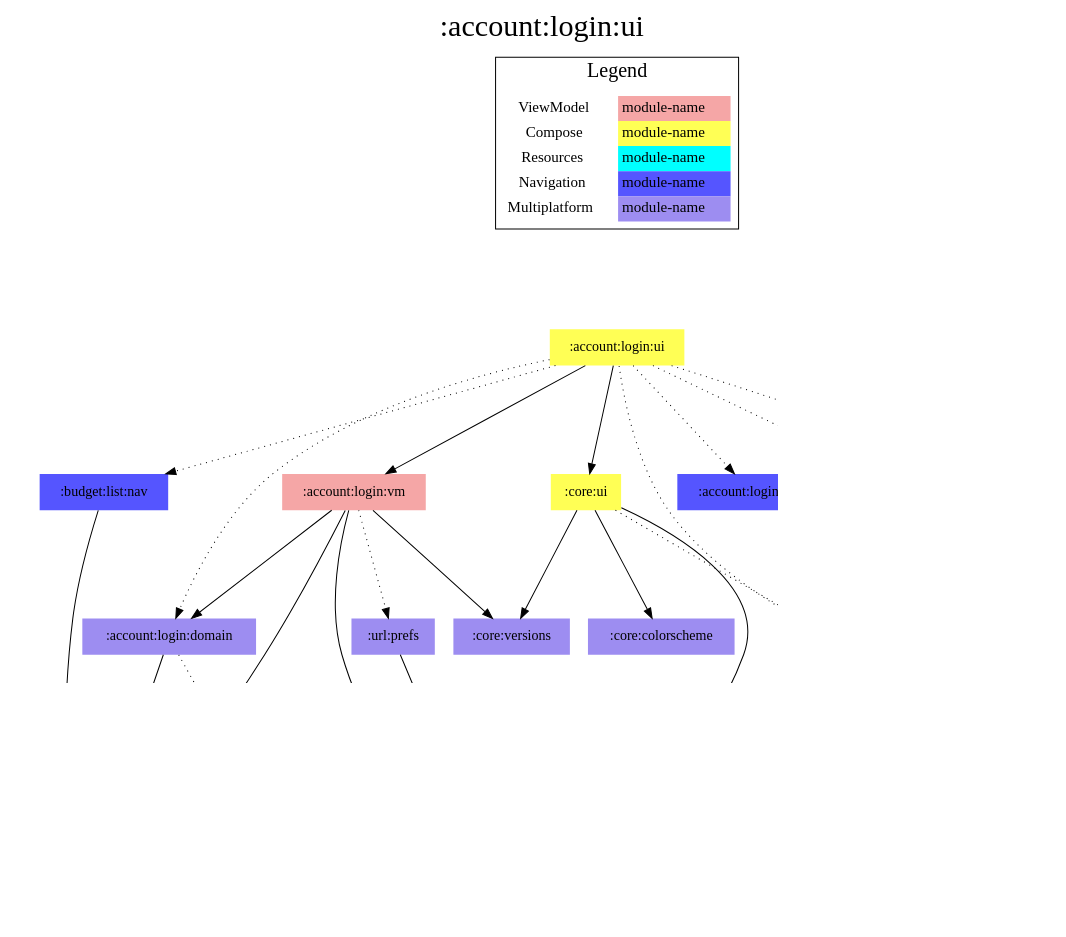
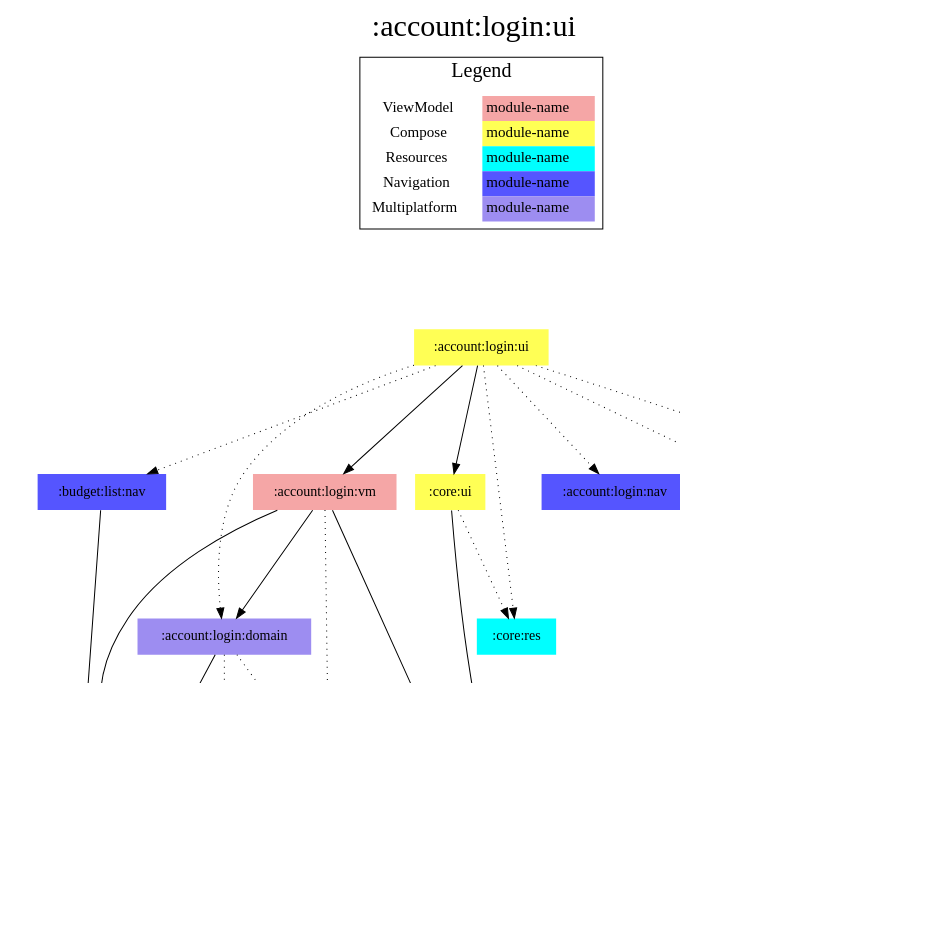
The diagram in modules/account/login/ui/modules.dot (jonapoul/aktual), drawn with Graphviz before and after one commit. The commit also changed 184 other files, not shown here.

```diff
--- a/modules/account/login/ui/modules.dot
+++ b/modules/account/login/ui/modules.dot
@@ -1,64 +1,61 @@
 digraph {
 edge ["dir"="forward"]
 graph ["dpi"="100","label"=":account:login:ui","labelloc"="t","fontsize"="30","ranksep"="1.5","rankdir"="TB"]
 node ["style"="filled"]
 ":account:login:domain" ["fillcolor"="#9D8DF1","shape"="none"]
 ":account:login:nav" ["fillcolor"="#5555FF","shape"="none"]
 ":account:login:res" ["fillcolor"="#00FFFF","shape"="none"]
 ":account:login:ui" ["fillcolor"="#FFFF55","shape"="none"]
 ":account:login:vm" ["fillcolor"="#F5A6A6","shape"="none"]
 ":account:model" ["fillcolor"="#9D8DF1","shape"="none"]
 ":api:actual" ["fillcolor"="#9D8DF1","shape"="none"]
 ":budget:list:nav" ["fillcolor"="#5555FF","shape"="none"]
 ":budget:model" ["fillcolor"="#9D8DF1","shape"="none"]
 ":codegen:annotation" ["fillcolor"="#9D8DF1","shape"="none"]
-":core:colorscheme" ["fillcolor"="#9D8DF1","shape"="none"]
+":core:model" ["fillcolor"="#9D8DF1","shape"="none"]
 ":core:res" ["fillcolor"="#00FFFF","shape"="none"]
 ":core:ui" ["fillcolor"="#FFFF55","shape"="none"]
-":core:versions" ["fillcolor"="#9D8DF1","shape"="none"]
-":url:model" ["fillcolor"="#9D8DF1","shape"="none"]
+":prefs" ["fillcolor"="#9D8DF1","shape"="none"]
 ":url:nav" ["fillcolor"="#5555FF","shape"="none"]
-":url:prefs" ["fillcolor"="#9D8DF1","shape"="none"]
 {
 edge ["dir"="none"]
 graph ["rank"="same"]
 }
 ":account:login:domain" -> ":account:model"
 ":account:login:domain" -> ":api:actual" ["style"="dotted"]
+":account:login:domain" -> ":prefs" ["style"="dotted"]
 ":account:login:ui" -> ":account:login:domain" ["style"="dotted"]
 ":account:login:ui" -> ":account:login:nav" ["style"="dotted"]
 ":account:login:ui" -> ":account:login:res" ["style"="dotted"]
 ":account:login:ui" -> ":account:login:vm"
 ":account:login:ui" -> ":budget:list:nav" ["style"="dotted"]
 ":account:login:ui" -> ":core:res" ["style"="dotted"]
 ":account:login:ui" -> ":core:ui"
 ":account:login:ui" -> ":url:nav" ["style"="dotted"]
 ":account:login:vm" -> ":account:login:domain"
 ":account:login:vm" -> ":account:model"
-":account:login:vm" -> ":core:versions"
-":account:login:vm" -> ":url:model"
-":account:login:vm" -> ":url:prefs" ["style"="dotted"]
+":account:login:vm" -> ":core:model"
+":account:login:vm" -> ":prefs" ["style"="dotted"]
 ":api:actual" -> ":account:model"
 ":api:actual" -> ":budget:model"
 ":api:actual" -> ":codegen:annotation" ["style"="dotted"]
-":api:actual" -> ":url:model"
+":api:actual" -> ":core:model"
 ":budget:list:nav" -> ":account:model"
-":core:ui" -> ":core:colorscheme"
+":core:ui" -> ":core:model"
 ":core:ui" -> ":core:res" ["style"="dotted"]
-":core:ui" -> ":core:versions"
-":core:ui" -> ":url:model"
-":url:prefs" -> ":url:model"
+":prefs" -> ":account:model"
+":prefs" -> ":core:model"
 subgraph "cluster_legend" {
 edge ["dir"="none"]
 graph ["label"="Legend","fontsize"="20"]
 "Legend" ["style"="filled","fillcolor"="#FFFFFF","shape"="none","margin"="0","fontsize"="15","label"=<
 <TABLE BORDER="0" CELLBORDER="0" CELLSPACING="0" CELLPADDING="4">
 <TR><TD>ViewModel</TD><TD BGCOLOR="#F5A6A6">module-name</TD></TR>
 <TR><TD>Compose</TD><TD BGCOLOR="#FFFF55">module-name</TD></TR>
 <TR><TD>Resources</TD><TD BGCOLOR="#00FFFF">module-name</TD></TR>
 <TR><TD>Navigation</TD><TD BGCOLOR="#5555FF">module-name</TD></TR>
 <TR><TD>Multiplatform</TD><TD BGCOLOR="#9D8DF1">module-name</TD></TR>
 </TABLE>
 >]
 } -> ":account:login:ui" ["style"="invis"]
 }
```
